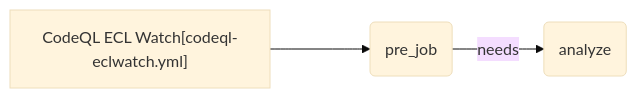
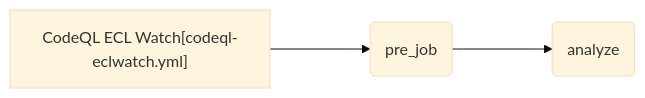
Before and after one commit to hpcc-systems/HPCC-Platform: the tenth of 27 diagrams in .github/workflows/ActionFlow.md, drawn with Mermaid (base theme). The commit also changed other lines of this file, not shown here.

Commit message:
Remove uses and needs path-labels

````diff
--- a/.github/workflows/ActionFlow.md
+++ b/.github/workflows/ActionFlow.md
@@ -82,8 +82,8 @@
 ```mermaid
 
 flowchart LR
 
   CODEQL_ECL_WATCH["CodeQL ECL Watch[codeql-eclwatch.yml]"] ---> pre_job(pre_job)
-  pre_job(pre_job) --needs--> analyze(analyze)
+  pre_job(pre_job) ---> analyze(analyze)
 
 ```
````
